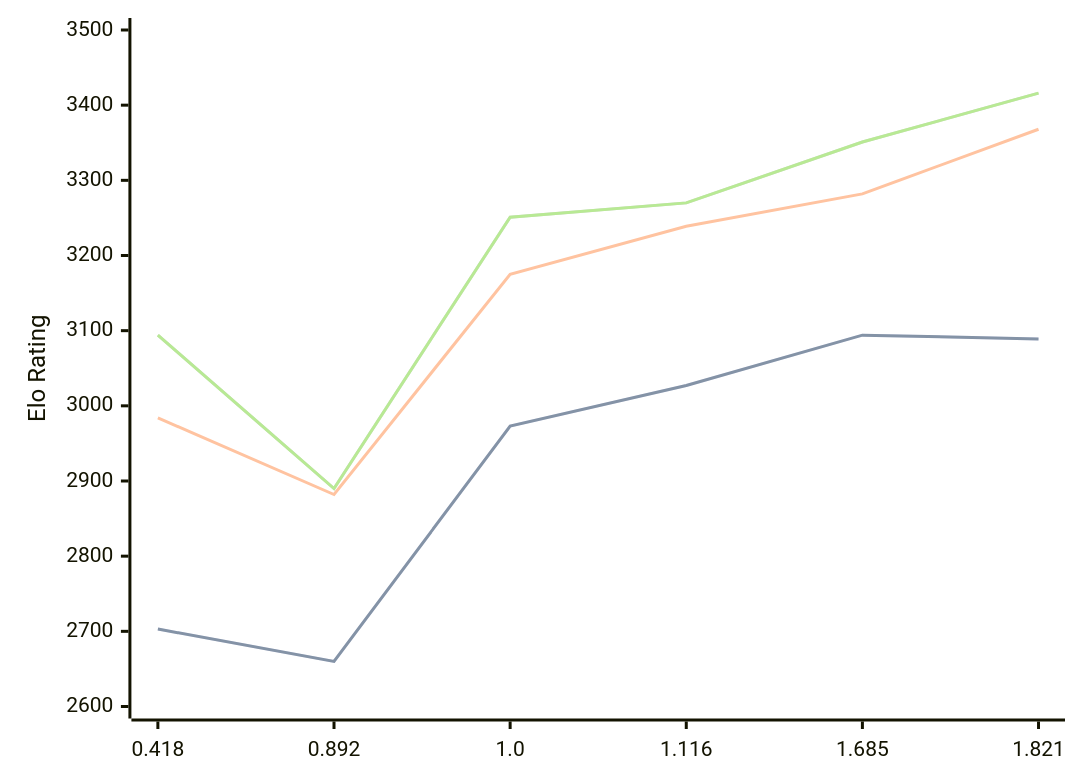
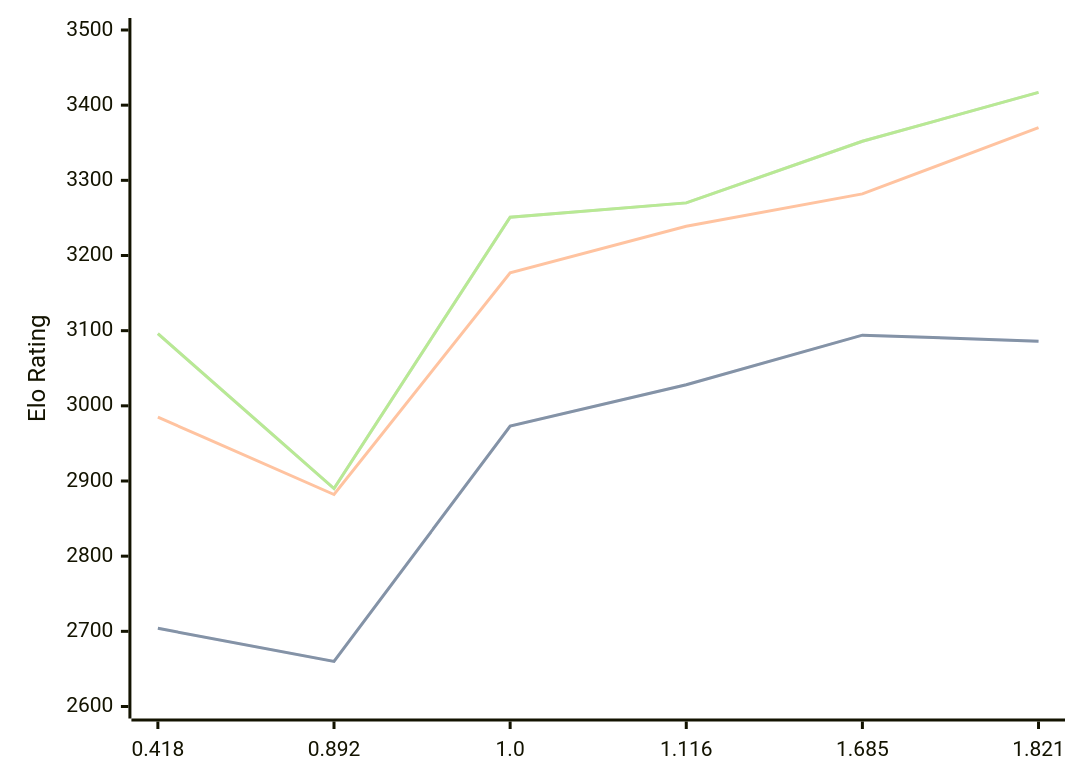
Before and after one commit to computer-chess-index/cci: the diagram in engines/Malika.md, drawn with Mermaid. The commit also changed other lines of this file, not shown here.

Commit message:
Update CCI Ratings (ELO VLTC) - 2026-08-19

````diff
--- a/engines/Malika.md
+++ b/engines/Malika.md
@@ -36,11 +36,11 @@
 ```mermaid
 %%{init: {"theme":"base","themeVariables":{"seriesColors:['#a3a3a3','#222221','#faa371']}}}%%
 xychart-beta
   x-axis ["0.418", "0.892", "1.0", "1.116", "1.685", "1.821"]
   y-axis "Elo Rating" 2600 --> 3500
-  line "STC (8.0+0.08s)" [2703, 2660, 2973, 3027, 3094, 3089]
-  line "STC (8.0+0.08s)" [2703, 2660, 2973, 3027, 3094, 3089]
-  line "LTC (60.0+0.60s)" [2984, 2882, 3175, 3239, 3282, 3368]
-  line "VLTC (2m24s+1.12s)" [3094, 2890, 3251, 3270, 3351, 3416]
-  line "VLTC (2m24s+1.12s)" [3094, 2890, 3251, 3270, 3351, 3416]
+  line "STC (8.0+0.08s)" [2704, 2660, 2973, 3028, 3094, 3086]
+  line "STC (8.0+0.08s)" [2704, 2660, 2973, 3028, 3094, 3086]
+  line "LTC (60.0+0.60s)" [2985, 2882, 3177, 3239, 3282, 3370]
+  line "VLTC (2m24s+1.12s)" [3096, 2890, 3251, 3270, 3352, 3417]
+  line "VLTC (2m24s+1.12s)" [3096, 2890, 3251, 3270, 3352, 3417]
 ```
````
